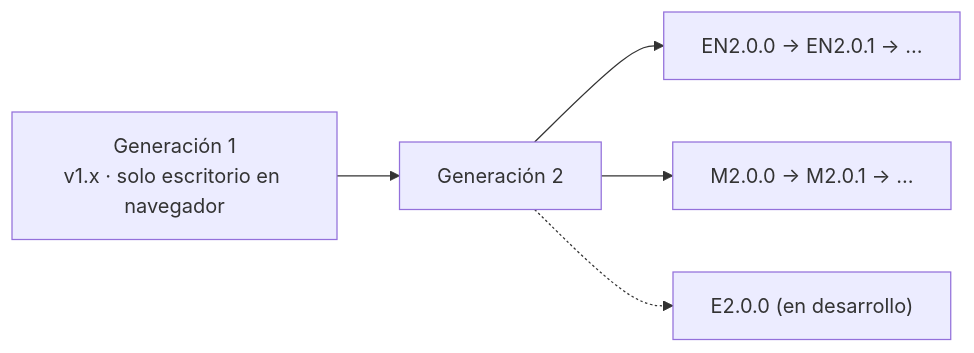
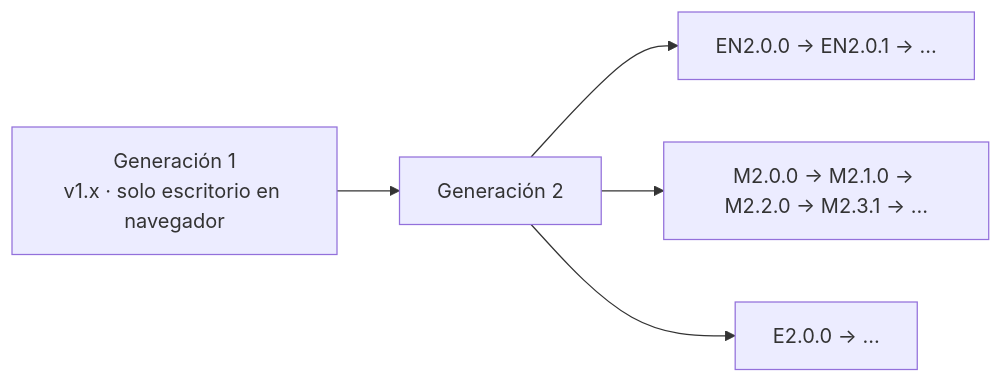
One commit to Anton-Bazh/MARC-DOC changed the second of 2 diagrams in 10 Ediciones y versiones.md. Above: the diagram before and after it, drawn with Mermaid. The commit also changed other lines of this file and 28 other files, not shown here.

````diff
--- a/10 Ediciones y versiones.md
+++ b/10 Ediciones y versiones.md
@@ -72,7 +72,7 @@
 ```mermaid
 flowchart LR
     G1["Generación 1<br/>v1.x · solo escritorio en navegador"] --> G2["Generación 2"]
     G2 --> EN2["EN2.0.0 → EN2.0.1 → …"]
-    G2 --> M2["M2.0.0 → M2.0.1 → …"]
-    G2 -.-> E2["E2.0.0 (en desarrollo)"]
+    G2 --> M2["M2.0.0 → M2.1.0 → M2.2.0 → M2.3.1 → …"]
+    G2 --> E2["E2.0.0 → …"]
 ```
````
